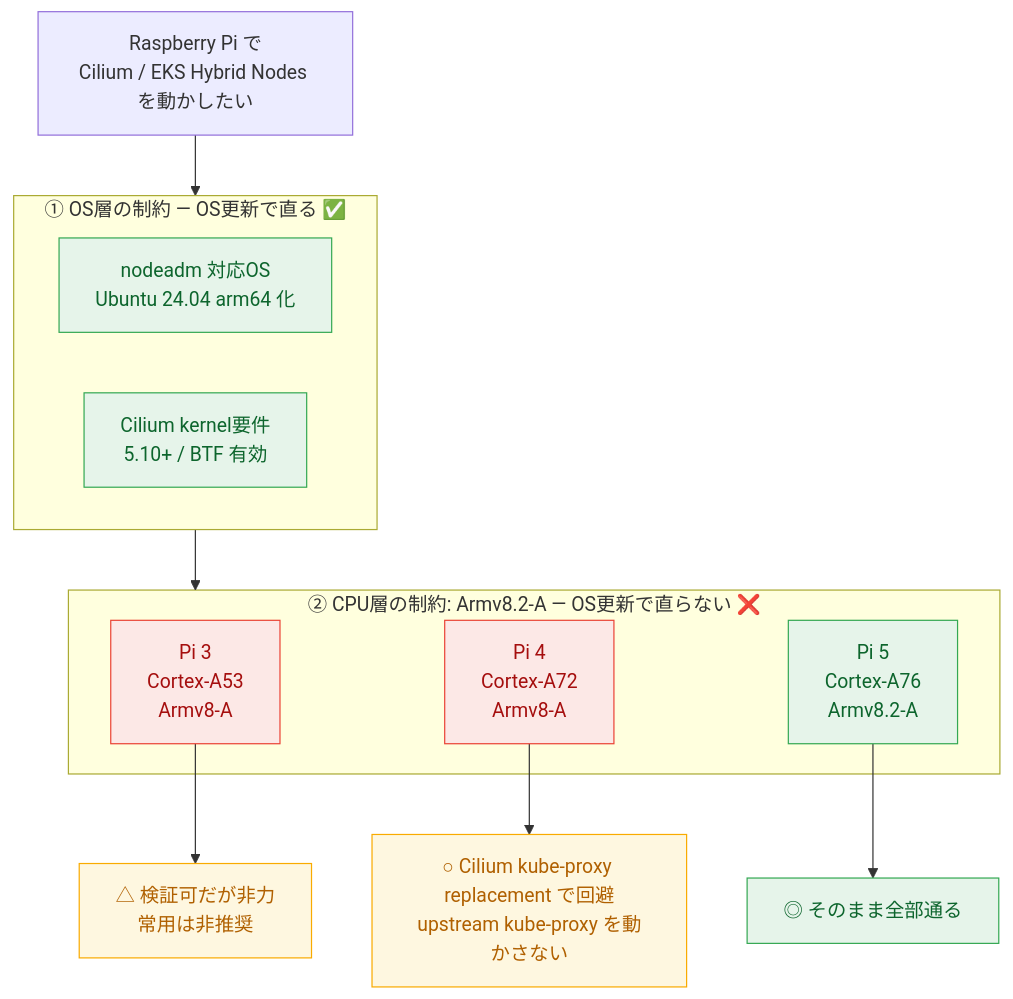
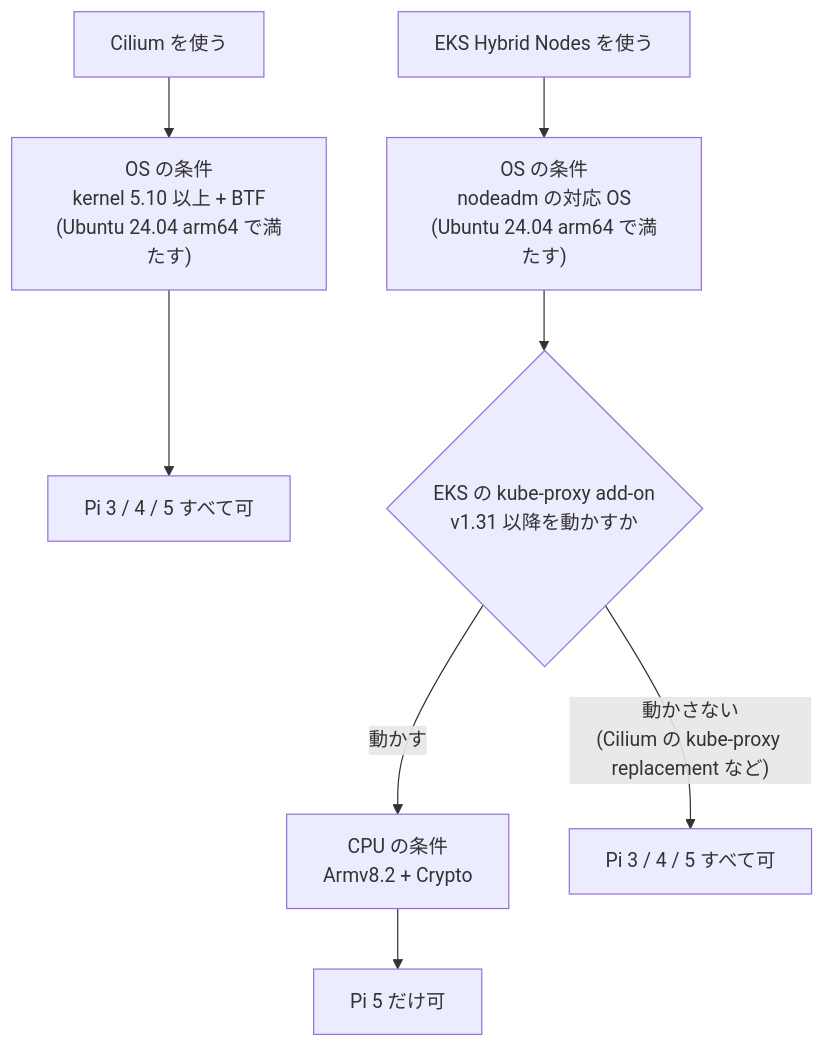
Before and after one commit to shinichitazawa/zenn-articles: the diagram in articles/009-raspberry-pi-cilium-os-vs-cpu.md, drawn with Mermaid. The commit also changed other lines of this file, not shown here.

Commit message:
docs(009): 題名と冒頭の問いを直す。Cilium の条件は OS だけで、CPU の条件は EKS の kube-proxy add-on v1.31 以降だけだと分けて書き、AWS の原文を引用し、k3s で kube-proxy replacement を使うときの servicelb / Traefik の注意を足す

````diff
--- a/articles/009-raspberry-pi-cilium-os-vs-cpu.md
+++ b/articles/009-raspberry-pi-cilium-os-vs-cpu.md
@@ -34,28 +35,10 @@
 ```mermaid
 flowchart TB
-  Q["Raspberry Pi で<br/>Cilium / EKS Hybrid Nodes を動かしたい"] --> L1
-
-  subgraph L1["① OS層の制約 — OS更新で直る ✅"]
-    A1["nodeadm 対応OS<br/>Ubuntu 24.04 arm64 化"]
-    A2["Cilium kernel要件<br/>5.10+ / BTF 有効"]
-  end
-
-  L1 --> L2
-
-  subgraph L2["② CPU層の制約: Armv8.2-A — OS更新で直らない ❌"]
-    P3["Pi 3<br/>Cortex-A53<br/>Armv8-A"]
-    P4["Pi 4<br/>Cortex-A72<br/>Armv8-A"]
-    P5["Pi 5<br/>Cortex-A76<br/>Armv8.2-A"]
-  end
-
-  P3 --> V3["△ 検証可だが非力<br/>常用は非推奨"]
-  P4 --> V4["○ Cilium kube-proxy replacement で回避<br/>upstream kube-proxy を動かさない"]
-  P5 --> V5["◎ そのまま全部通る"]
-
-  classDef ok fill:#e6f4ea,stroke:#34a853,color:#0d652d
-  classDef ng fill:#fce8e6,stroke:#ea4335,color:#a50e0e
-  classDef warn fill:#fef7e0,stroke:#f9ab00,color:#b06000
-  class A1,A2,P5,V5 ok
-  class P3,P4 ng
-  class V3,V4 warn
+  C["Cilium を使う"] --> OS["OS の条件<br/>kernel 5.10 以上 + BTF<br/>(Ubuntu 24.04 arm64 で満たす)"]
+  OS --> OKC["Pi 3 / 4 / 5 すべて可"]
+  H["EKS Hybrid Nodes を使う"] --> OS2["OS の条件<br/>nodeadm の対応 OS<br/>(Ubuntu 24.04 arm64 で満たす)"]
+  OS2 --> KP{"EKS の kube-proxy add-on<br/>v1.31 以降を動かすか"}
+  KP -->|"動かす"| CPU["CPU の条件<br/>Armv8.2 + Crypto"]
+  CPU --> P5["Pi 5 だけ可"]
+  KP -->|"動かさない<br/>(Cilium の kube-proxy replacement など)"| ALL["Pi 3 / 4 / 5 すべて可"]
 ```
````
